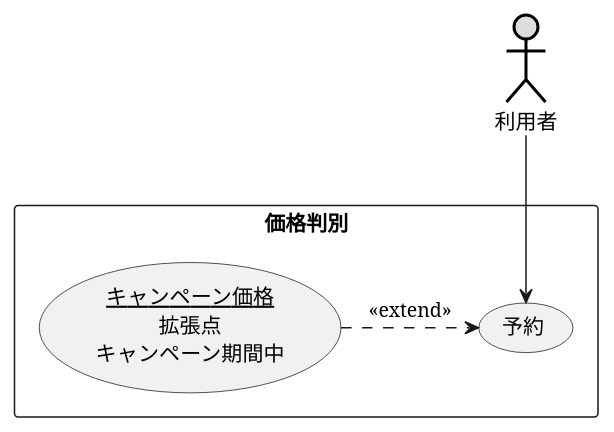
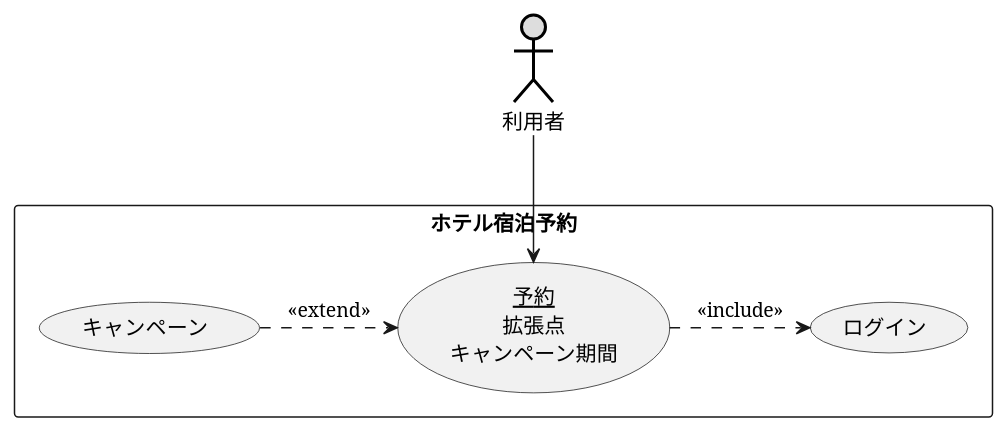
One commit to itouayumu/uml-introduction- changed the diagram in 演習2-4_キャンペーン中のホテル宿泊予約.pu. Above: the diagram before and after it, drawn with PlantUML. The commit also changed 1 other file, not shown here.

```diff
--- a/演習2-4_キャンペーン中のホテル宿泊予約.pu
+++ b/演習2-4_キャンペーン中のホテル宿泊予約.pu
@@ -1,9 +1,12 @@
 @startuml ユースケース図
      actor 利用者 as u1 #DDDDDD;line:black;line.bold;
-rectangle 価格判別 {
-usecase 予約 as a1
-usecase (<u>キャンペーン価格</u>\n拡張点\nキャンペーン期間中) as a2
+rectangle ホテル宿泊予約 {
+usecase キャンペーン as a1
+usecase (<u>予約</u>\n拡張点\nキャンペーン期間) as a2
+usecase ログイン as a3
+
 }
-u1-->a1
-a2 .>(a1) : <<extend>>
+u1-->a2
+a1 .>(a2) : <<extend>>
+a2 .> a3 : << include >>
 @enduml
```
